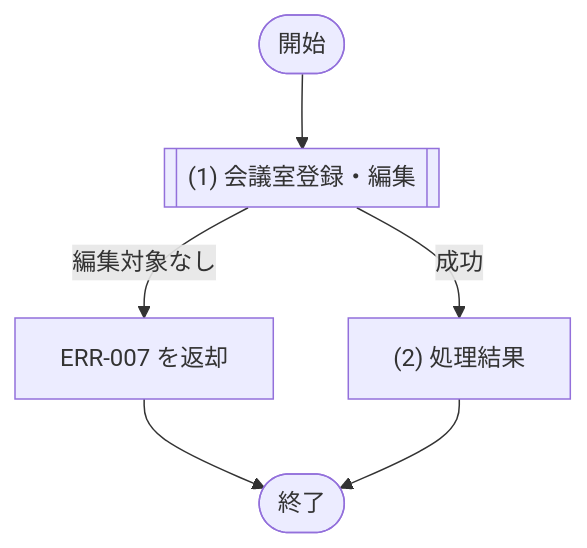
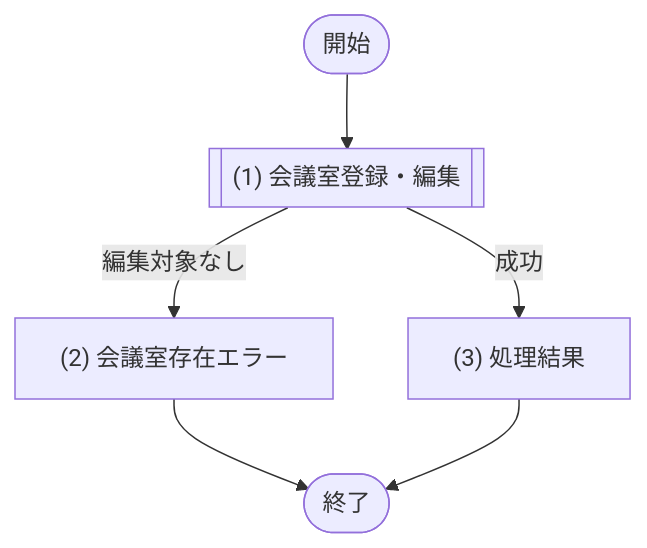
One commit to sikakou54/system-document-template changed the diagram in docs/03_機能設計/03_API設計/API-007_会議室登録・編集.md. Above: the diagram before and after it, drawn with Mermaid. The commit also changed other lines of this file and 32 other files, not shown here.

````diff
--- a/docs/03_機能設計/03_API設計/API-007_会議室登録・編集.md
+++ b/docs/03_機能設計/03_API設計/API-007_会議室登録・編集.md
@@ -51,12 +51,12 @@
 ```mermaid
 flowchart TD
   Start([開始])
   P1[["(1) 会議室登録・編集"]]
-  E1["ERR-007 を返却"]
-  P2["(2) 処理結果"]
+  E1["(2) 会議室存在エラー"]
+  P2["(3) 処理結果"]
   End([終了])
 
   Start --> P1
   P1 -- "編集対象なし" --> E1 --> End
   P1 -- "成功" --> P2 --> End
 ```
````
